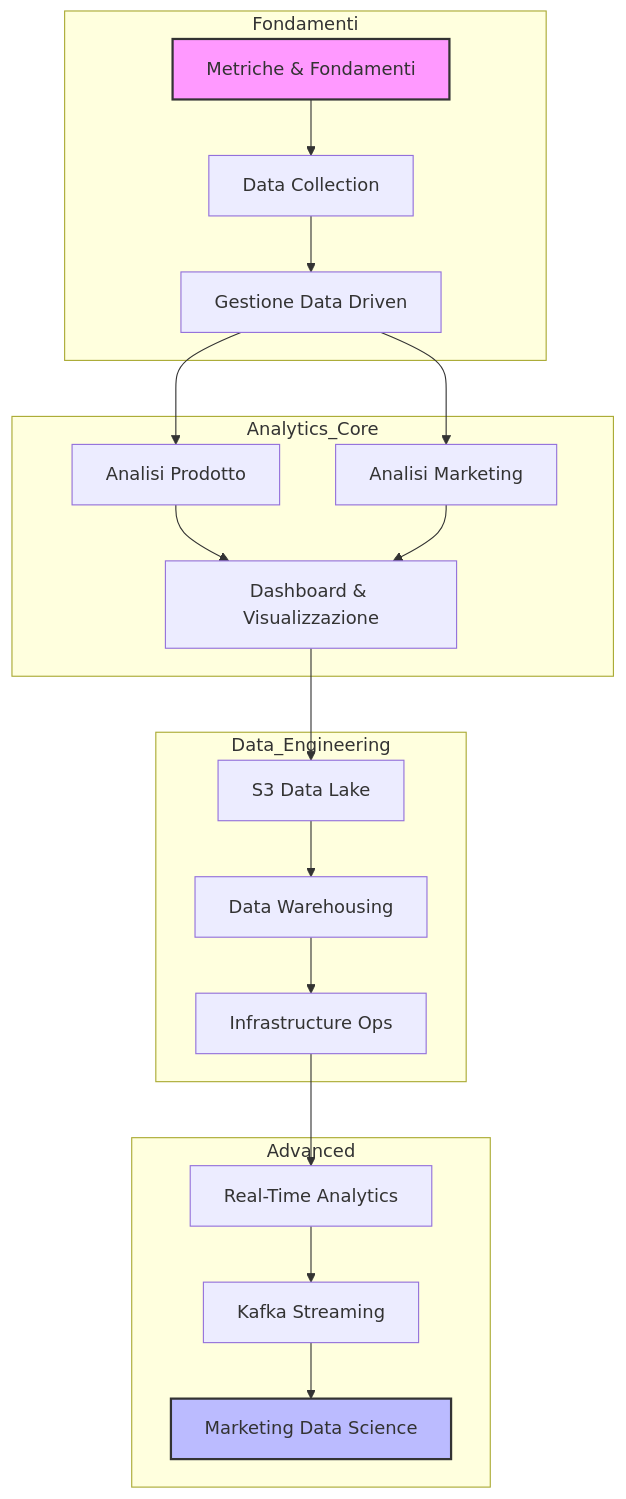
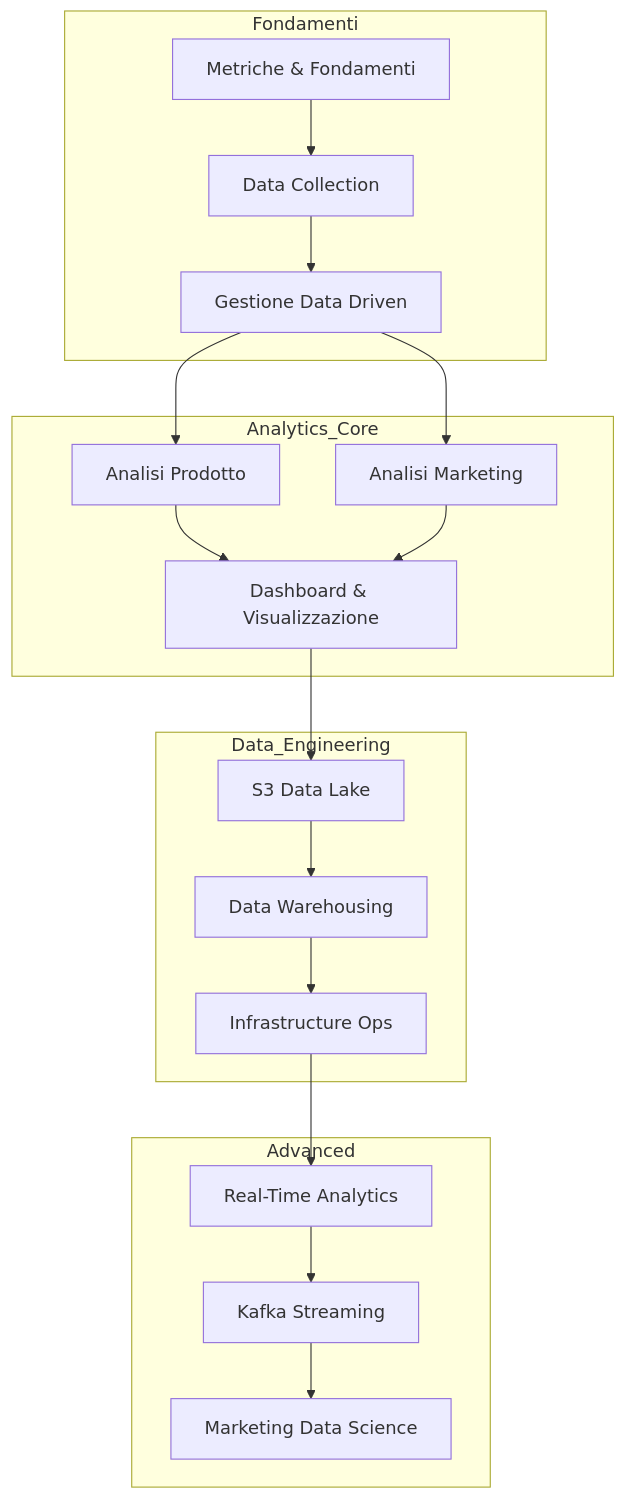
One commit to AndreyBertasini/gynnitech changed the first of 4 diagrams in src/content/corso/learning-path.mdx. Above: the diagram before and after it, drawn with Mermaid. The commit also changed other lines of this file and 110 other files, not shown here.

First line of the commit message:
chore(content): optimize mermaid diagrams for mobile and dark theme

````diff
--- a/src/content/corso/learning-path.mdx
+++ b/src/content/corso/learning-path.mdx
@@ -14,29 +14,27 @@
 ```mermaid
 flowchart TD
     subgraph Fondamenti
         A[Metriche & Fondamenti] --> B[Data Collection]
         B --> C[Gestione Data Driven]
     end
 
     subgraph Analytics_Core
         C --> D[Analisi Prodotto]
         C --> E[Analisi Marketing]
         D --> F[Dashboard & Visualizzazione]
         E --> F
     end
 
     subgraph Data_Engineering
         F --> G[S3 Data Lake]
         G --> H[Data Warehousing]
         H --> I[Infrastructure Ops]
     end
 
     subgraph Advanced
         I --> L[Real-Time Analytics]
         L --> M[Kafka Streaming]
         M --> N[Marketing Data Science]
     end
 
-    style A fill:#f9f,stroke:#333,stroke-width:2px
-    style N fill:#bbf,stroke:#333,stroke-width:2px
 ```
````
